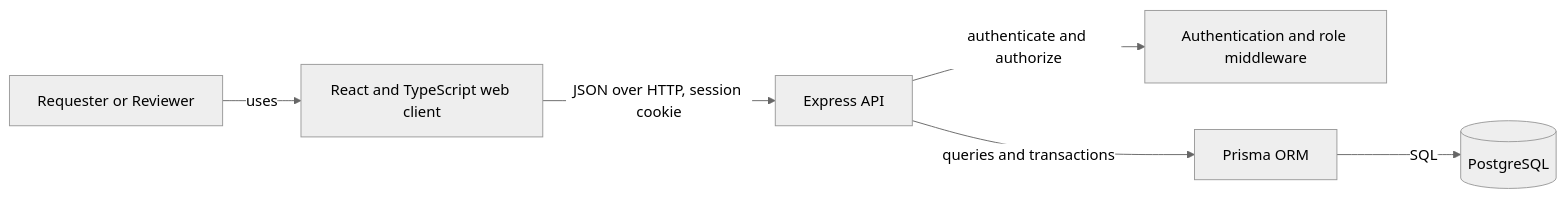
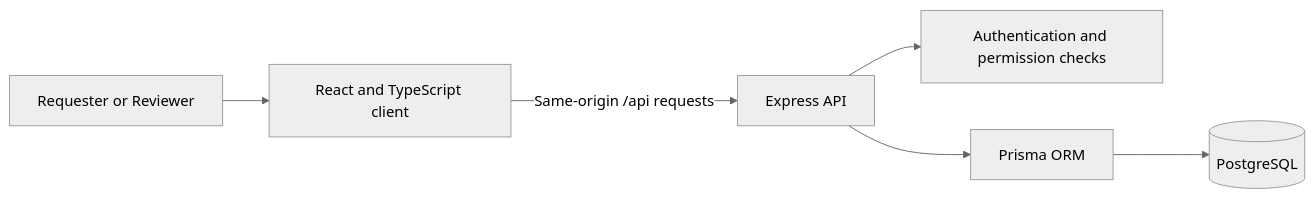
The diagram in docs/system-sds.md (tm-georgia/workflow-and-approval-system), drawn with Mermaid (neutral theme) before and after one commit. The commit also changed other lines of this file, not shown here.

````diff
--- a/docs/system-sds.md
+++ b/docs/system-sds.md
@@ -19,8 +21,8 @@
 ```mermaid
 flowchart LR
-  U[Requester or Reviewer] -->|uses| W[React and TypeScript web client]
-  W -->|JSON over HTTP, session cookie| A[Express API]
-  A -->|authenticate and authorize| S[Authentication and role middleware]
-  A -->|queries and transactions| P[Prisma ORM]
-  P -->|SQL| D[(PostgreSQL)]
+  U[Requester or Reviewer] --> W[React and TypeScript client]
+  W -->|Same-origin /api requests| A[Express API]
+  A --> M[Authentication and permission checks]
+  A --> P[Prisma ORM]
+  P --> D[(PostgreSQL)]
 ```
````
